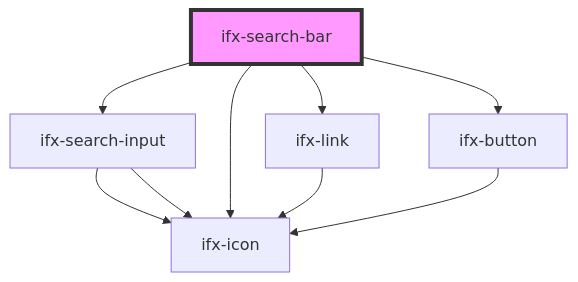
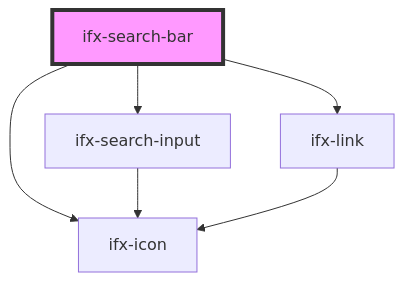
One commit to Infineon/infineon-design-system-stencil changed the diagram in src/components/search-bar/readme.md. Above: the diagram before and after it, drawn with Mermaid. The commit also changed other lines of this file and 2 other files, not shown here.

````diff
--- a/src/components/search-bar/readme.md
+++ b/src/components/search-bar/readme.md
@@ -46,15 +35,9 @@
 ```mermaid
 graph TD;
   ifx-search-bar --> ifx-search-input
   ifx-search-bar --> ifx-icon
-
   ifx-search-bar --> ifx-link
   ifx-search-input --> ifx-icon
   ifx-link --> ifx-icon
-
-  ifx-search-bar --> ifx-button
-  ifx-search-input --> ifx-icon
-  ifx-button --> ifx-icon
-
   style ifx-search-bar fill:#f9f,stroke:#333,stroke-width:4px
 ```
````
